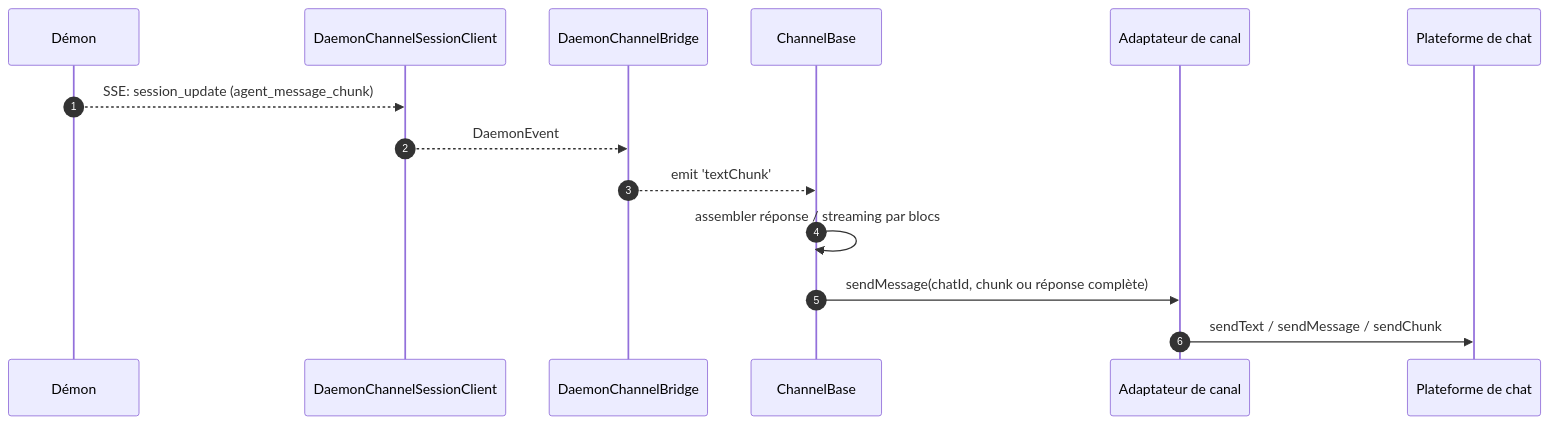
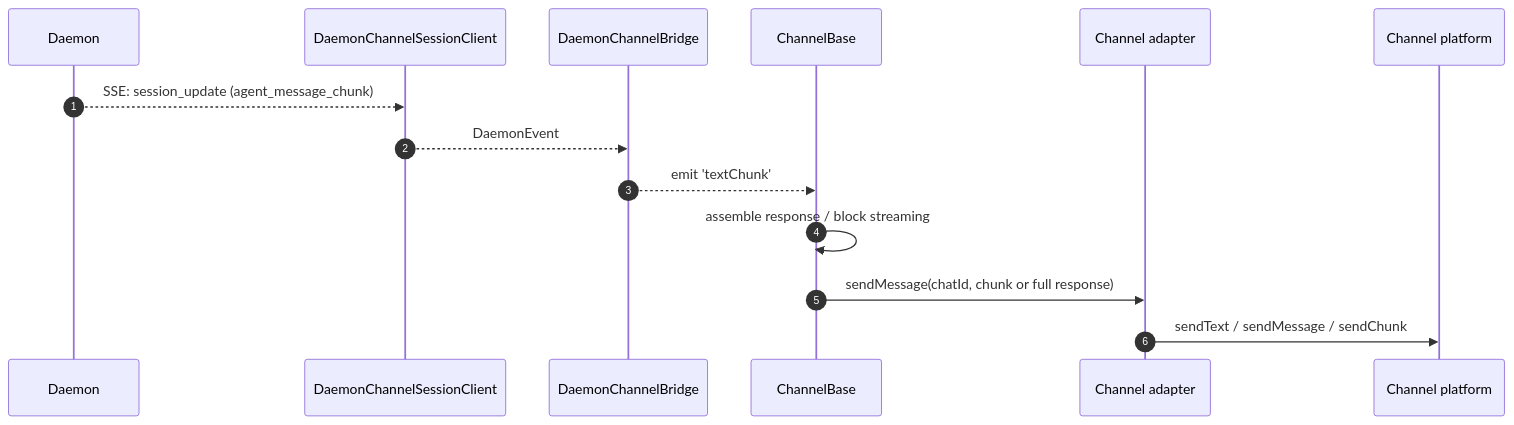
Before and after one commit to QwenLM/qwen-code-docs: the second of 3 diagrams in website/content/fr/developers/daemon/15-channel-adapters.md, drawn with Mermaid. The commit also changed other lines of this file and 128 other files, not shown here.

````diff
--- a/website/content/fr/developers/daemon/15-channel-adapters.md
+++ b/website/content/fr/developers/daemon/15-channel-adapters.md
@@ -115,17 +120,17 @@
 ```mermaid
 sequenceDiagram
     autonumber
-    participant D as Démon
+    participant D as Daemon
     participant SC as DaemonChannelSessionClient
     participant BR as DaemonChannelBridge
     participant CB as ChannelBase
-    participant AD as Adaptateur de canal
-    participant CH as Plateforme de chat
+    participant AD as Channel adapter
+    participant CH as Channel platform
 
     D-->>SC: SSE: session_update (agent_message_chunk)
     SC-->>BR: DaemonEvent
     BR-->>CB: emit 'textChunk'
-    CB->>CB: assembler réponse / streaming par blocs
-    CB->>AD: sendMessage(chatId, chunk ou réponse complète)
+    CB->>CB: assemble response / block streaming
+    CB->>AD: sendMessage(chatId, chunk or full response)
     AD->>CH: sendText / sendMessage / sendChunk
 ```
````
